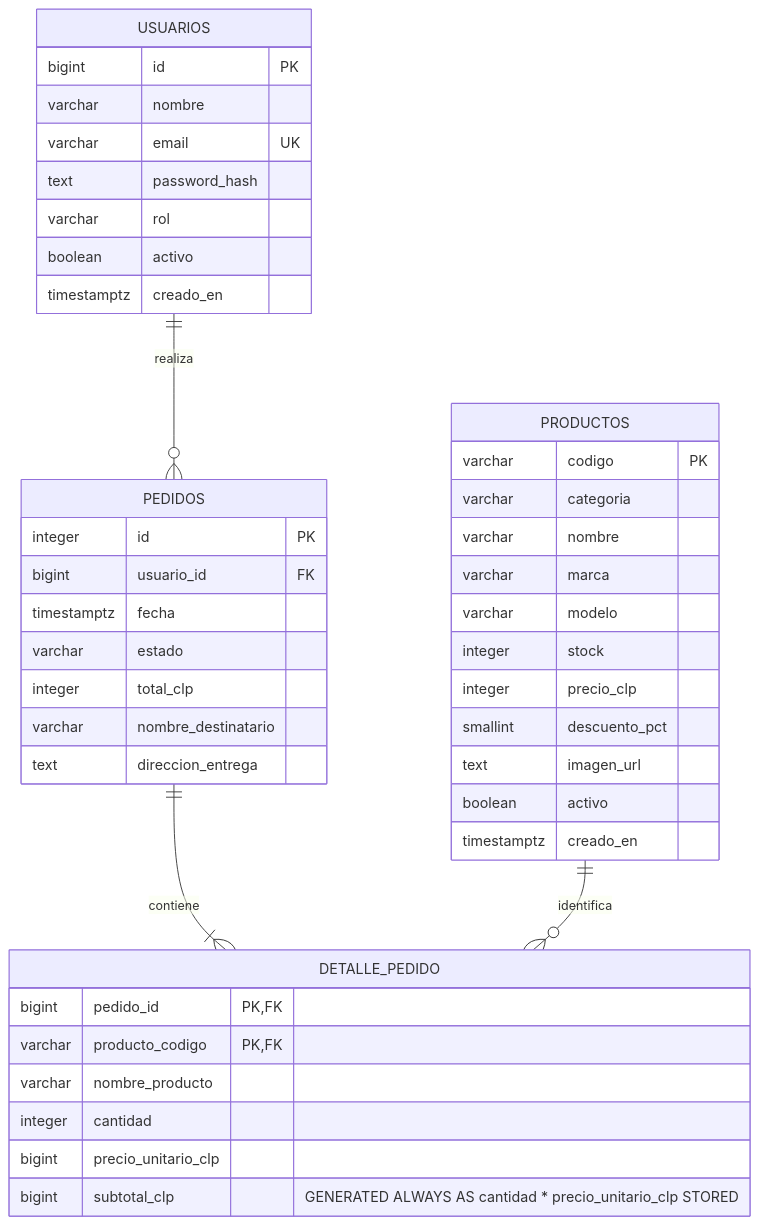
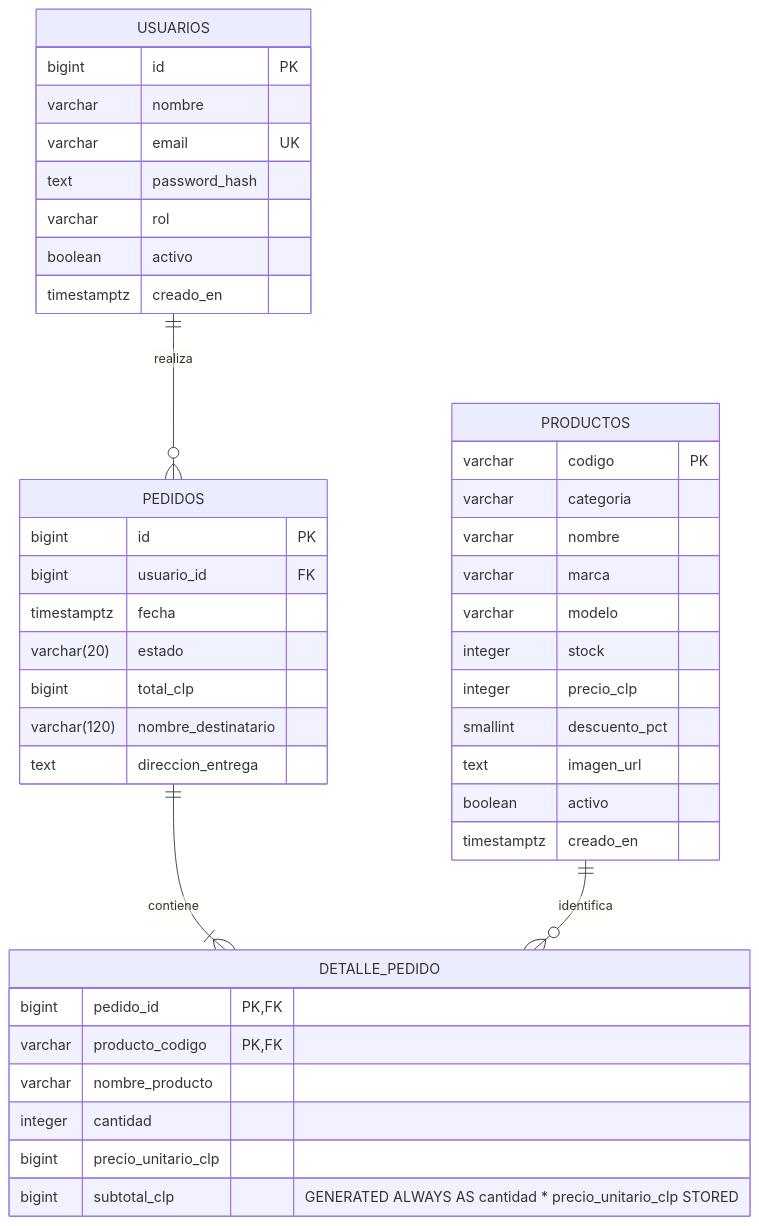
The first of 2 diagrams in README.md (aaronhernandez2006/sonidovivo-backend), drawn with Mermaid before and after one commit. The commit also changed other lines of this file, not shown here.

Commit message:
Completa tipos confirmados del ERD

````diff
--- a/README.md
+++ b/README.md
@@ -20,46 +20,46 @@
 ```mermaid
 erDiagram
     USUARIOS ||--o{ PEDIDOS : realiza
     PEDIDOS ||--|{ DETALLE_PEDIDO : contiene
     PRODUCTOS ||--o{ DETALLE_PEDIDO : identifica
 
     USUARIOS {
         bigint id PK
         varchar nombre
         varchar email UK
         text password_hash
         varchar rol
         boolean activo
         timestamptz creado_en
     }
     PRODUCTOS {
         varchar codigo PK
         varchar categoria
         varchar nombre
         varchar marca
         varchar modelo
         integer stock
         integer precio_clp
         smallint descuento_pct
         text imagen_url
         boolean activo
         timestamptz creado_en
     }
     PEDIDOS {
-        integer id PK
+        bigint id PK
         bigint usuario_id FK
         timestamptz fecha
-        varchar estado
-        integer total_clp
-        varchar nombre_destinatario
+        varchar(20) estado
+        bigint total_clp
+        varchar(120) nombre_destinatario
         text direccion_entrega
     }
     DETALLE_PEDIDO {
         bigint pedido_id PK, FK
         varchar producto_codigo PK, FK
         varchar nombre_producto
         integer cantidad
         bigint precio_unitario_clp
         bigint subtotal_clp "GENERATED ALWAYS AS cantidad * precio_unitario_clp STORED"
     }
 ```
````
